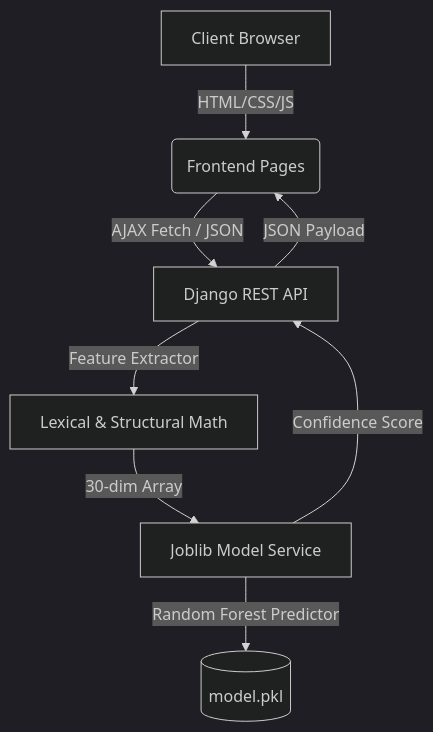
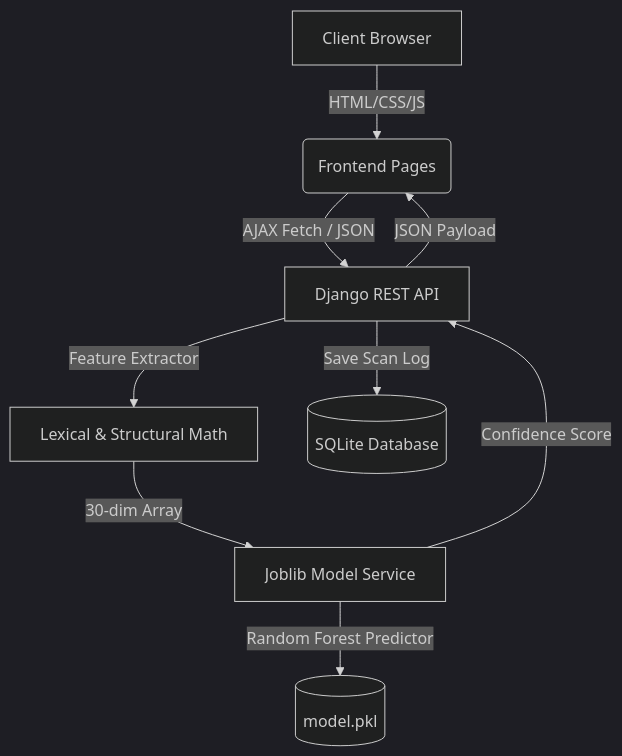
Before and after one commit to nitishChangti/phising: the diagram in README.md, drawn with Mermaid (dark theme). The commit also changed other lines of this file and 1 other file, not shown here.

Commit message:
docs: update project documentation to reflect SQLite persistence, history logging, and dynamic model metrics in the frontend

````diff
--- a/README.md
+++ b/README.md
@@ -54,10 +56,11 @@
 ```mermaid
 graph TD
     A[Client Browser] -->|HTML/CSS/JS| B(Frontend Pages)
     B -->|AJAX Fetch / JSON| C[Django REST API]
     C -->|Feature Extractor| D[Lexical & Structural Math]
     D -->|30-dim Array| E[Joblib Model Service]
     E -->|Random Forest Predictor| F[(model.pkl)]
     E -->|Confidence Score| C
+    C -->|Save Scan Log| G[(SQLite Database)]
     C -->|JSON Payload| B
 ```
````
